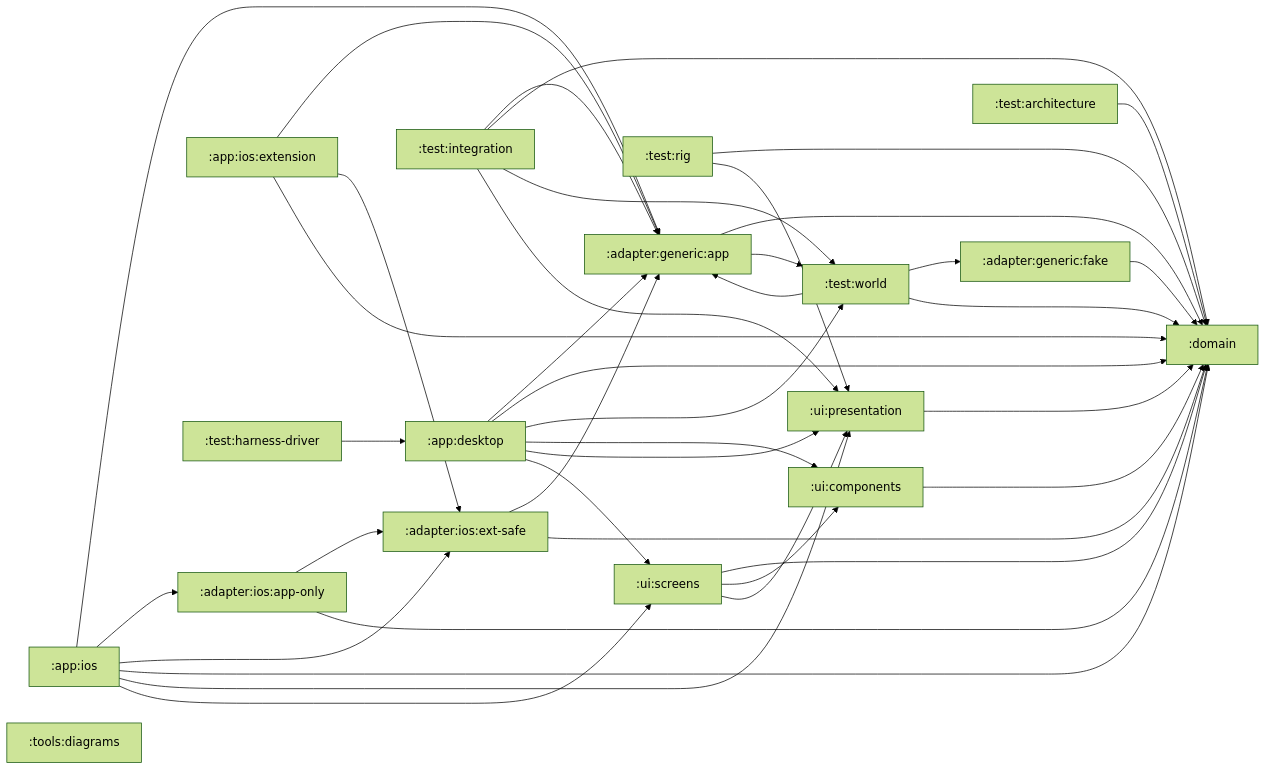
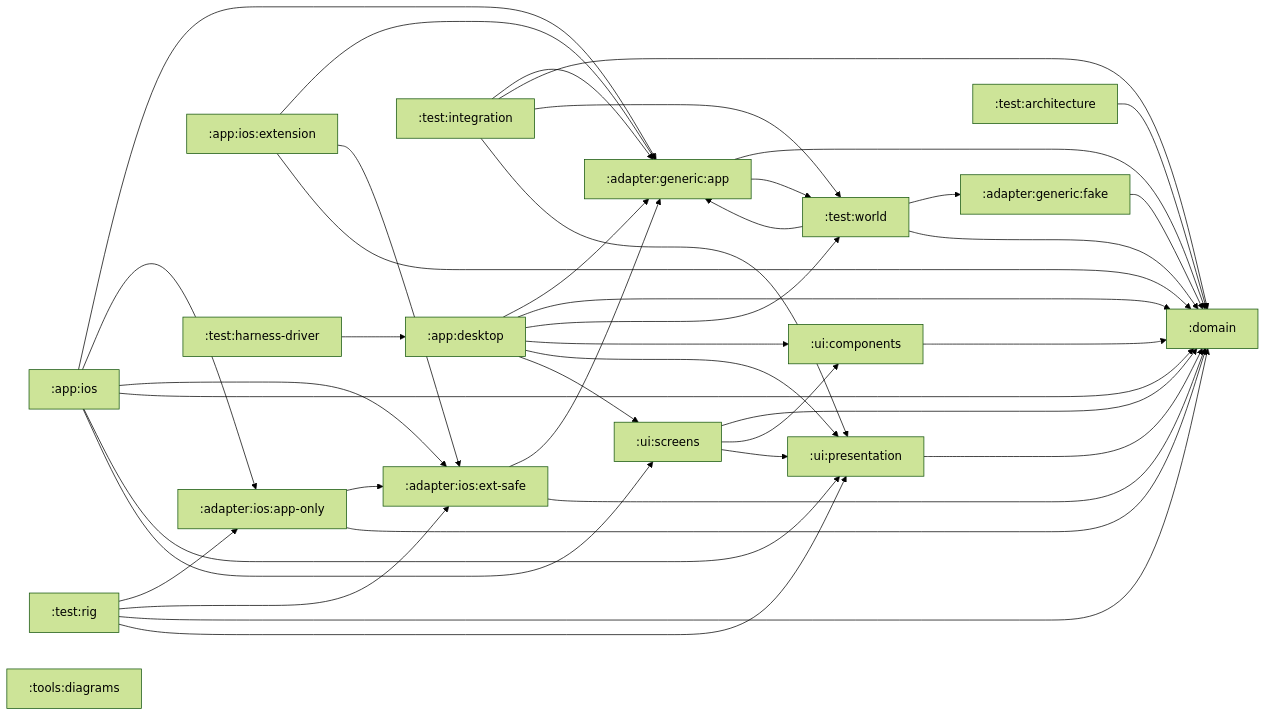
Before and after one commit to stefanhoelzl/SnapSync: the diagram in architecture/modules.md, drawn with Mermaid (forest theme). The commit also changed 57 other files, not shown here.

````diff
--- a/architecture/modules.md
+++ b/architecture/modules.md
@@ -7,58 +7,60 @@
 ```mermaid
 flowchart LR
   adapter_generic_app[":adapter:generic:app"]
   adapter_generic_fake[":adapter:generic:fake"]
   adapter_ios_app_only[":adapter:ios:app-only"]
   adapter_ios_ext_safe[":adapter:ios:ext-safe"]
   app_desktop[":app:desktop"]
   app_ios[":app:ios"]
   app_ios_extension[":app:ios:extension"]
   domain[":domain"]
   test_architecture[":test:architecture"]
   test_harness_driver[":test:harness-driver"]
   test_integration[":test:integration"]
   test_rig[":test:rig"]
   test_world[":test:world"]
   tools_diagrams[":tools:diagrams"]
   ui_components[":ui:components"]
   ui_presentation[":ui:presentation"]
   ui_screens[":ui:screens"]
   adapter_generic_app --> domain
   adapter_generic_app --> test_world
   adapter_generic_fake --> domain
   adapter_ios_app_only --> adapter_ios_ext_safe
   adapter_ios_app_only --> domain
   adapter_ios_ext_safe --> adapter_generic_app
   adapter_ios_ext_safe --> domain
   app_desktop --> adapter_generic_app
   app_desktop --> domain
   app_desktop --> test_world
   app_desktop --> ui_components
   app_desktop --> ui_presentation
   app_desktop --> ui_screens
   app_ios --> adapter_generic_app
   app_ios --> adapter_ios_app_only
   app_ios --> adapter_ios_ext_safe
   app_ios --> domain
   app_ios --> ui_presentation
   app_ios --> ui_screens
   app_ios_extension --> adapter_generic_app
   app_ios_extension --> adapter_ios_ext_safe
   app_ios_extension --> domain
   test_architecture --> domain
   test_harness_driver --> app_desktop
   test_integration --> adapter_generic_app
   test_integration --> domain
   test_integration --> test_world
   test_integration --> ui_presentation
+  test_rig --> adapter_ios_app_only
+  test_rig --> adapter_ios_ext_safe
   test_rig --> domain
   test_rig --> ui_presentation
   test_world --> adapter_generic_app
   test_world --> adapter_generic_fake
   test_world --> domain
   ui_components --> domain
   ui_presentation --> domain
   ui_screens --> domain
   ui_screens --> ui_components
   ui_screens --> ui_presentation
 ```
````
